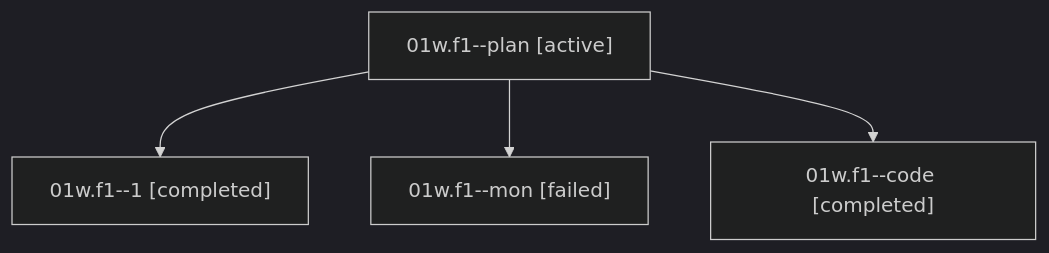
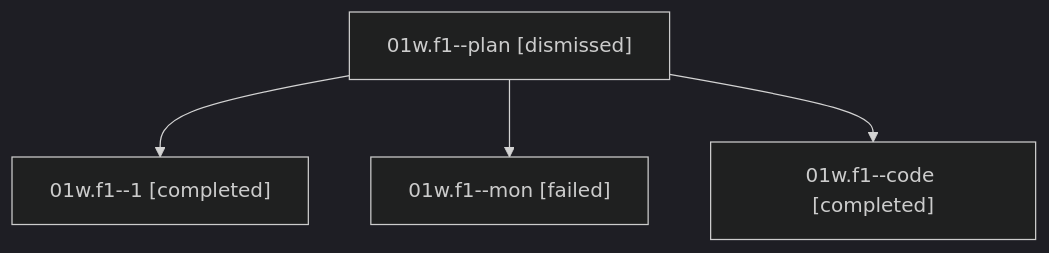
The diagram in sessions/bbugyi200.athena.01w.f1.md (sase-org/sase--agents), drawn with Mermaid (dark theme) before and after one commit. The commit also changed other lines of this file and 27 other files, not shown here.

````diff
--- a/sessions/bbugyi200.athena.01w.f1.md
+++ b/sessions/bbugyi200.athena.01w.f1.md
@@ -9,10 +9,10 @@
 ```mermaid
 flowchart TD
-  n0["01w.f1--plan [active]"]
+  n0["01w.f1--plan [dismissed]"]
   n1["01w.f1--1 [completed]"]
   n0 --> n1
   n2["01w.f1--mon [failed]"]
   n0 --> n2
   n3["01w.f1--code [completed]"]
   n0 --> n3
 ```
````
